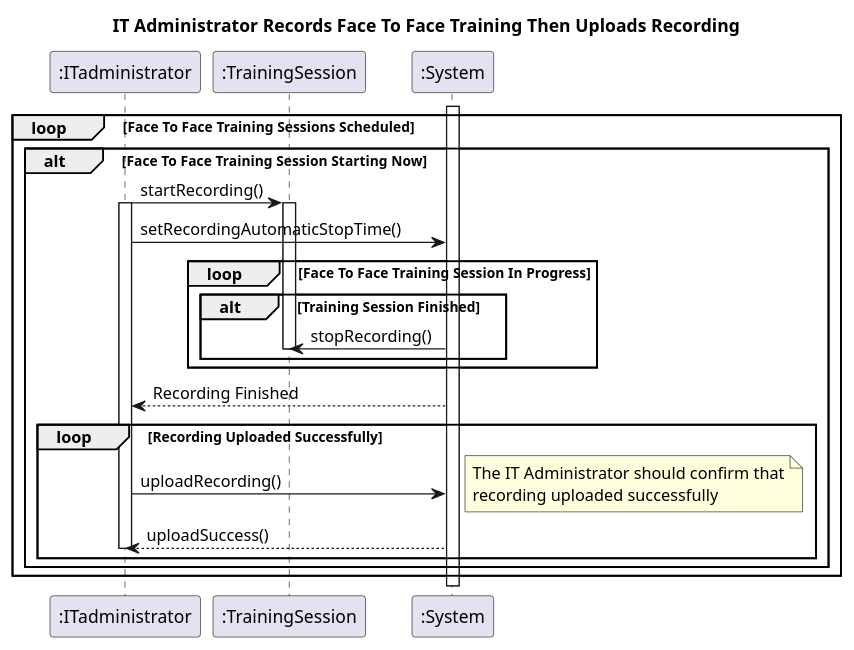
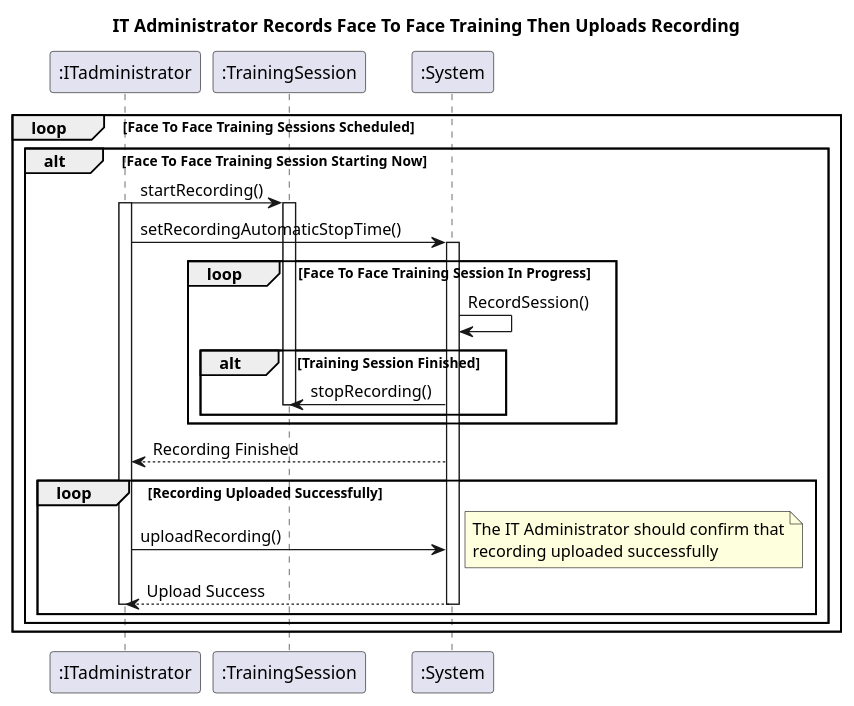
One commit to lukegasbarro/SEF_Group67 changed the diagram in ITadminRecordTraining.plantuml. Above: the diagram before and after it, drawn with PlantUML.

Commit message:
Update IT admin record training

```diff
--- a/ITadminRecordTraining.plantuml
+++ b/ITadminRecordTraining.plantuml
@@ -1,35 +1,36 @@
 @startuml
 title "IT Administrator Records Face To Face Training Then Uploads Recording"
 participant ":ITadministrator" as itAdmin
 participant ":TrainingSession" as trainingSession
 participant ":System" as system
-
-activate system
 
 loop Face To Face Training Sessions Scheduled
     alt Face To Face Training Session Starting Now
     itAdmin -> trainingSession : startRecording()
     activate trainingSession
     activate itAdmin
     itAdmin -> system : setRecordingAutomaticStopTime()
+    activate system
     
         loop Face To Face Training Session In Progress
+            system -> system : RecordSession()
             alt Training Session Finished
                 system -> trainingSession : stopRecording()
                 deactivate trainingSession
             end
         end
         
     system --> itAdmin : Recording Finished
 
     loop Recording Uploaded Successfully
         itAdmin -> system : uploadRecording()
         note right: The IT Administrator should confirm that\nrecording uploaded successfully
-        system --> itAdmin : uploadSuccess()
+        system --> itAdmin : Upload Success
+        deactivate system
         deactivate itAdmin
     end
     end
     
 
 end
 @enduml
```
